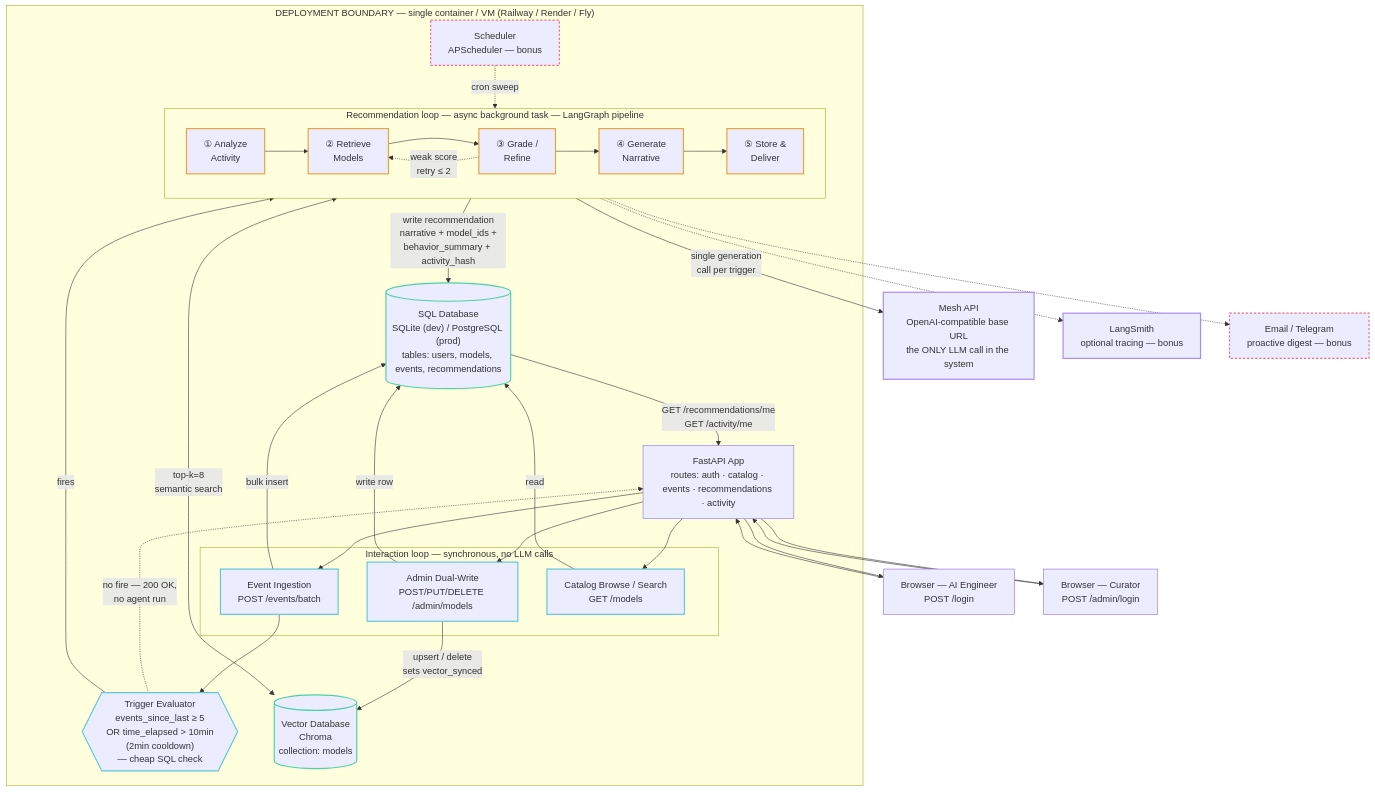
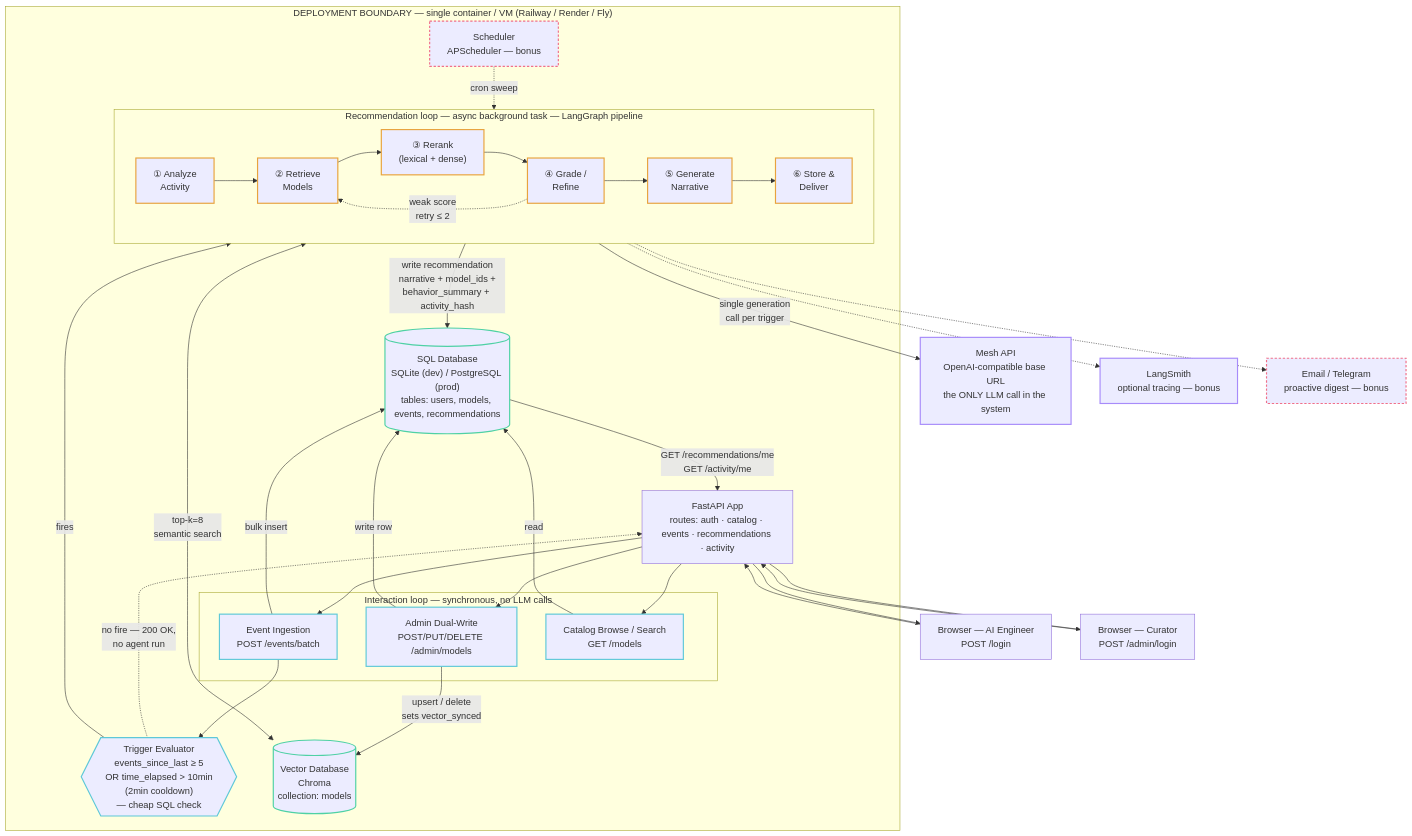
The diagram in docs/05-architecture-diagram.md (leeladesai/smartreco-hackathon), drawn with Mermaid before and after one commit. The commit also changed other lines of this file and 28 other files, not shown here.

````diff
--- a/docs/05-architecture-diagram.md
+++ b/docs/05-architecture-diagram.md
@@ -11,76 +11,77 @@
 ```mermaid
 flowchart TB
     engineer["Browser — AI Engineer\nPOST /login"]
     curator["Browser — Curator\nPOST /admin/login"]
 
     subgraph DEPLOY["DEPLOYMENT BOUNDARY — single container / VM (Railway / Render / Fly)"]
         api["FastAPI App\nroutes: auth · catalog · events · recommendations · activity"]
 
         subgraph INTERACTION["Interaction loop — synchronous, no LLM calls"]
             ingest["Event Ingestion\nPOST /events/batch"]
             dualwrite["Admin Dual-Write\nPOST/PUT/DELETE /admin/models"]
             browse["Catalog Browse / Search\nGET /models"]
         end
 
         trigger{{"Trigger Evaluator\nevents_since_last ≥ 5\nOR time_elapsed > 10min\n(2min cooldown)\n— cheap SQL check"}}
 
         subgraph AGENT["Recommendation loop — async background task — LangGraph pipeline"]
             direction LR
             analyze["① Analyze\nActivity"]
             retrieve["② Retrieve\nModels"]
-            grade["③ Grade /\nRefine"]
-            generate["④ Generate\nNarrative"]
-            store["⑤ Store &\nDeliver"]
-            analyze --> retrieve --> grade
+            rerank["③ Rerank\n(lexical + dense)"]
+            grade["④ Grade /\nRefine"]
+            generate["⑤ Generate\nNarrative"]
+            store["⑥ Store &\nDeliver"]
+            analyze --> retrieve --> rerank --> grade
             grade -. "weak score\nretry ≤ 2" .-> retrieve
             grade --> generate --> store
         end
 
         sql[("SQL Database\nSQLite (dev) / PostgreSQL (prod)\ntables: users, models, events, recommendations")]
         vector[("Vector Database\nChroma\ncollection: models")]
         scheduler["Scheduler\nAPScheduler — bonus"]
     end
 
     mesh["Mesh API\nOpenAI-compatible base URL\nthe ONLY LLM call in the system"]
     langsmith["LangSmith\noptional tracing — bonus"]
     digest["Email / Telegram\nproactive digest — bonus"]
 
     engineer --> api
     curator --> api
     api --> ingest
     api --> dualwrite
     api --> browse
 
     ingest -->|"bulk insert"| sql
     dualwrite -->|"write row"| sql
     dualwrite -->|"upsert / delete\nsets vector_synced"| vector
     browse -->|"read"| sql
 
     ingest --> trigger
     trigger -->|"fires"| analyze
     trigger -.->|"no fire — 200 OK,\nno agent run"| api
 
     retrieve <-->|"top-k=8\nsemantic search"| vector
     generate -->|"single generation\ncall per trigger"| mesh
     store -->|"write recommendation\nnarrative + model_ids +\nbehavior_summary + activity_hash"| sql
 
     sql -->|"GET /recommendations/me\nGET /activity/me"| api
     api --> engineer
     api --> curator
 
     scheduler -.->|"cron sweep"| analyze
     store -.-> langsmith
     store -.-> digest
 
     classDef sync stroke:#5ec8d8,stroke-width:2px;
     classDef async stroke:#e8a33d,stroke-width:2px;
     classDef data stroke:#4fd1a5,stroke-width:2px;
     classDef external stroke:#a78bfa,stroke-width:2px;
     classDef bonus stroke:#f0708a,stroke-width:2px,stroke-dasharray: 4 3;
 
     class ingest,dualwrite,browse,trigger sync
-    class analyze,retrieve,grade,generate,store async
+    class analyze,retrieve,rerank,grade,generate,store async
     class sql,vector data
     class mesh,langsmith external
     class scheduler,digest bonus
 ```
````
